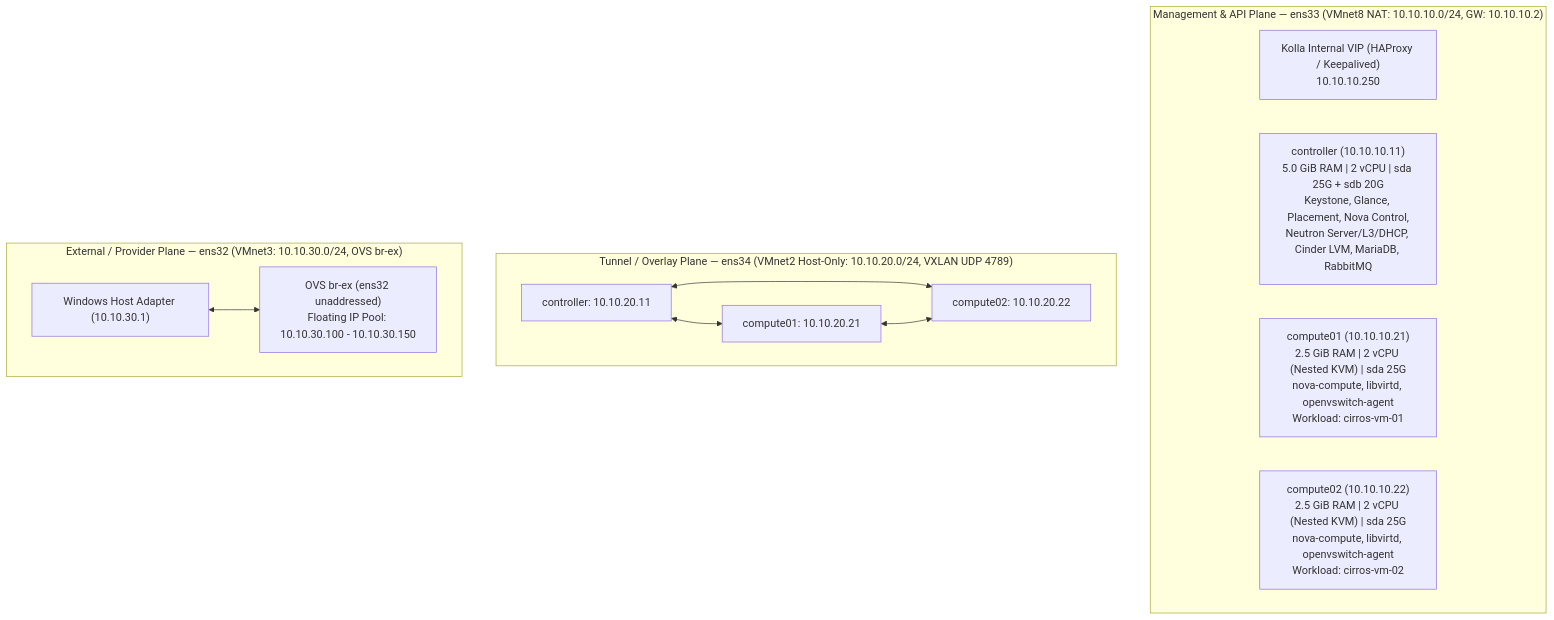
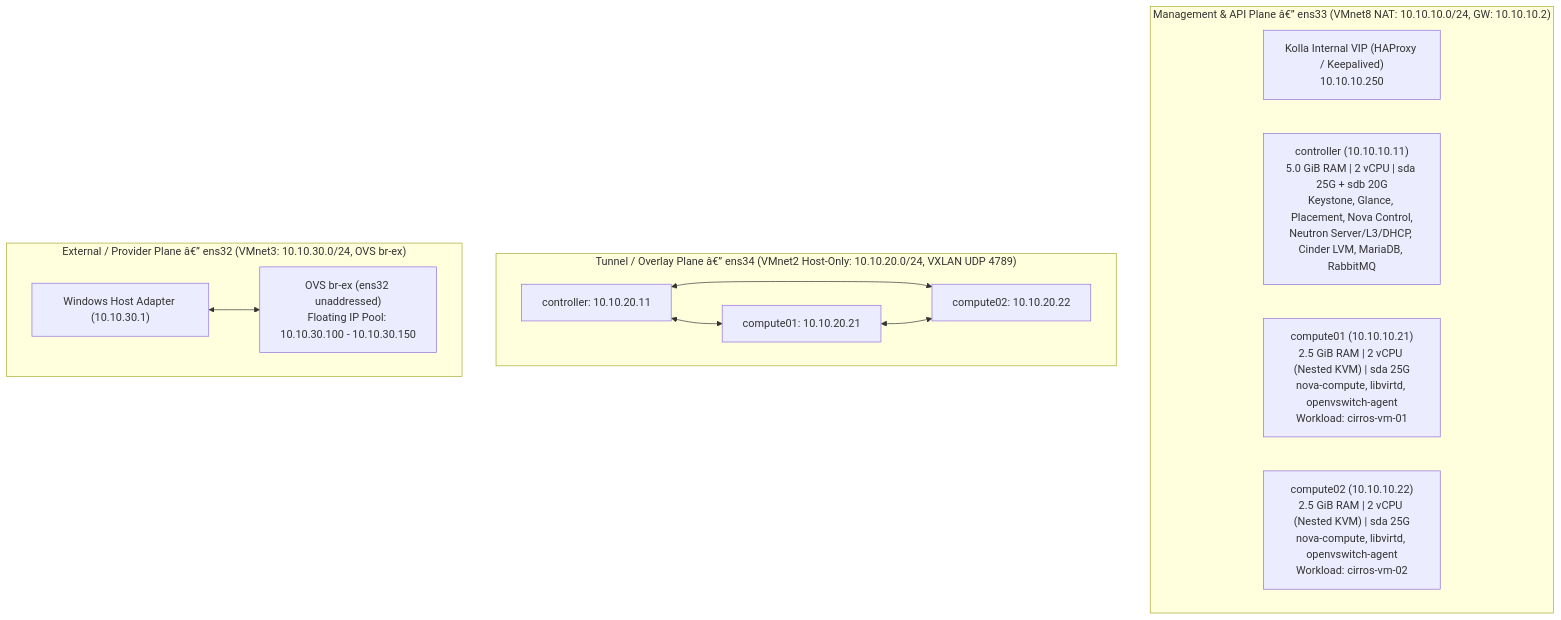
One commit to whysari/openstack-caracal-multinode changed the diagram in README.md. Above: the diagram before and after it, drawn with Mermaid. The commit also changed other lines of this file and 2 other files, not shown here.

````diff
--- a/README.md
+++ b/README.md
@@ -19,19 +19,19 @@
 ```mermaid
 flowchart TB
-    subgraph MGMT["Management & API Plane — ens33 (VMnet8 NAT: 10.10.10.0/24, GW: 10.10.10.2)"]
+    subgraph MGMT["Management & API Plane â€” ens33 (VMnet8 NAT: 10.10.10.0/24, GW: 10.10.10.2)"]
         VIP["Kolla Internal VIP (HAProxy / Keepalived)<br/>10.10.10.250"]
         CTRL["controller (10.10.10.11)<br/>5.0 GiB RAM | 2 vCPU | sda 25G + sdb 20G<br/>Keystone, Glance, Placement, Nova Control,<br/>Neutron Server/L3/DHCP, Cinder LVM, MariaDB, RabbitMQ"]
         COMP1["compute01 (10.10.10.21)<br/>2.5 GiB RAM | 2 vCPU (Nested KVM) | sda 25G<br/>nova-compute, libvirtd, openvswitch-agent<br/>Workload: cirros-vm-01"]
         COMP2["compute02 (10.10.10.22)<br/>2.5 GiB RAM | 2 vCPU (Nested KVM) | sda 25G<br/>nova-compute, libvirtd, openvswitch-agent<br/>Workload: cirros-vm-02"]
     end
 
-    subgraph TUN["Tunnel / Overlay Plane — ens34 (VMnet2 Host-Only: 10.10.20.0/24, VXLAN UDP 4789)"]
+    subgraph TUN["Tunnel / Overlay Plane â€” ens34 (VMnet2 Host-Only: 10.10.20.0/24, VXLAN UDP 4789)"]
         CTRL_T["controller: 10.10.20.11"] <--> COMP1_T["compute01: 10.10.20.21"]
         CTRL_T <--> COMP2_T["compute02: 10.10.20.22"]
         COMP1_T <--> COMP2_T
     end
 
-    subgraph EXT["External / Provider Plane — ens32 (VMnet3: 10.10.30.0/24, OVS br-ex)"]
+    subgraph EXT["External / Provider Plane â€” ens32 (VMnet3: 10.10.30.0/24, OVS br-ex)"]
         HOST_GW["Windows Host Adapter (10.10.30.1)"] <--> BREX["OVS br-ex (ens32 unaddressed)<br/>Floating IP Pool: 10.10.30.100 - 10.10.30.150"]
     end
 ```
````
